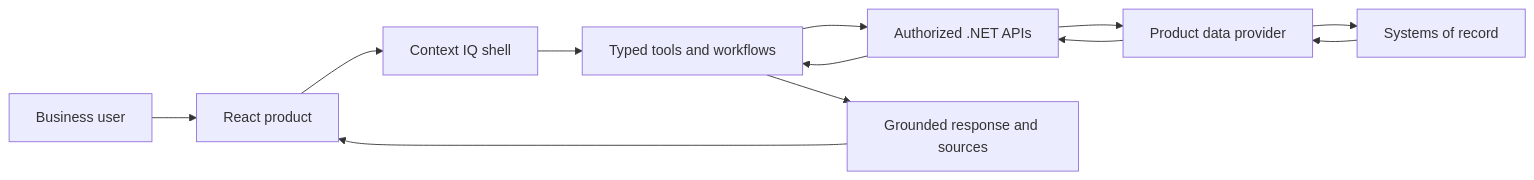
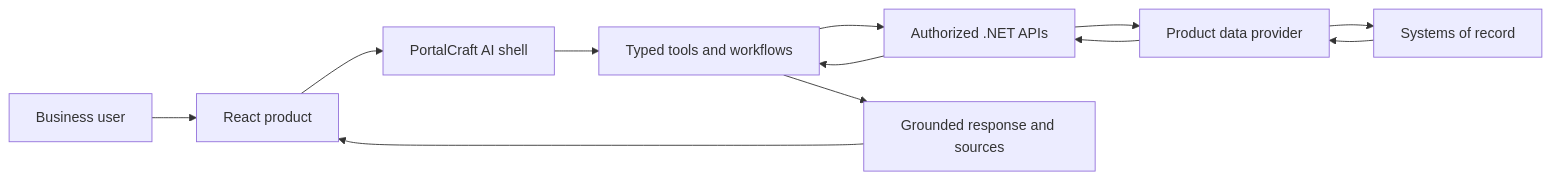
The diagram in docs/architecture.md (MonaDevAI/portalcraft-ai), drawn with Mermaid before and after one commit. The commit also changed other lines of this file and 42 other files, not shown here.

First line of the commit message:
Rename project to PortalCraft AI

````diff
--- a/docs/architecture.md
+++ b/docs/architecture.md
@@ -3,14 +3,14 @@
 ```mermaid
 flowchart LR
     U[Business user] --> R[React product]
-    R --> C[Context IQ shell]
+    R --> C[PortalCraft AI shell]
     C --> T[Typed tools and workflows]
     T --> A[Authorized .NET APIs]
     A --> P[Product data provider]
     P --> S[Systems of record]
     S --> P
     P --> A
     A --> T
     T --> G[Grounded response and sources]
     G --> R
 ```
````
